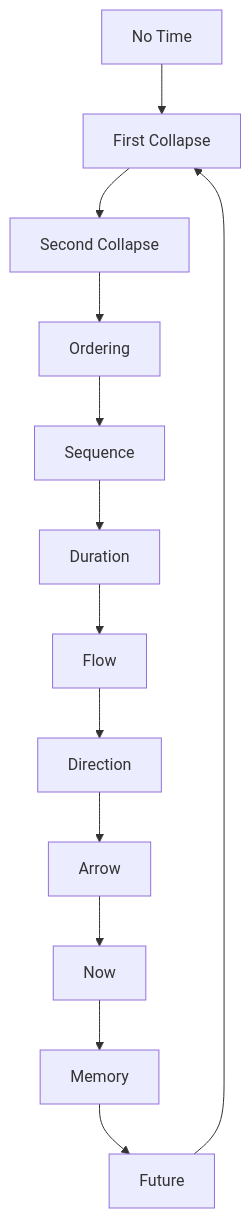
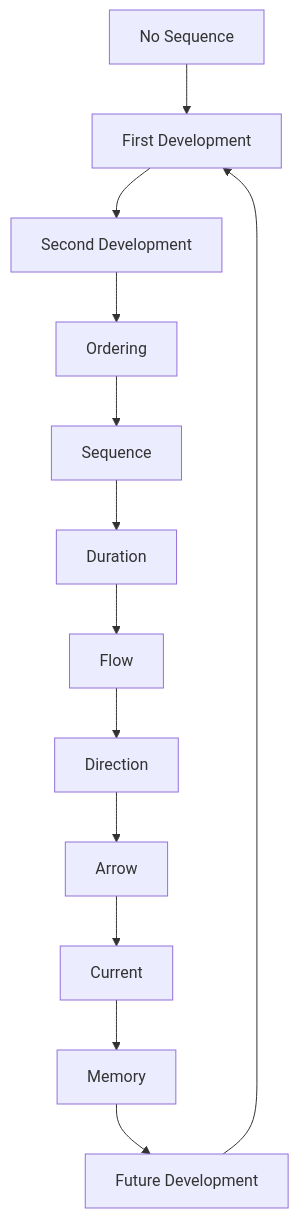
Before and after one commit to loning/the-phys: the second of 2 diagrams in docs/psi-structum/book-1-collapse-ontology/part-04-quantum-gravity/chapter-061-time-collapse-ordering.md, drawn with Mermaid. The commit also changed other lines of this file and 6 other files, not shown here.

````diff
--- a/docs/psi-structum/book-1-collapse-ontology/part-04-quantum-gravity/chapter-061-time-collapse-ordering.md
+++ b/docs/psi-structum/book-1-collapse-ontology/part-04-quantum-gravity/chapter-061-time-collapse-ordering.md
@@ -198,15 +214,15 @@
 ```mermaid
 graph TD
-    A[No Time] --> B[First Collapse]
-    B --> C[Second Collapse]
+    A[No Sequence] --> B[First Development]
+    B --> C[Second Development]
     C --> D[Ordering]
     D --> E[Sequence]
     E --> F[Duration]
     F --> G[Flow]
     G --> H[Direction]
     H --> I[Arrow]
-    I --> J[Now]
+    I --> J[Current]
     J --> K[Memory]
-    K --> L[Future]
+    K --> L[Future Development]
     L --> B
 ```
````
